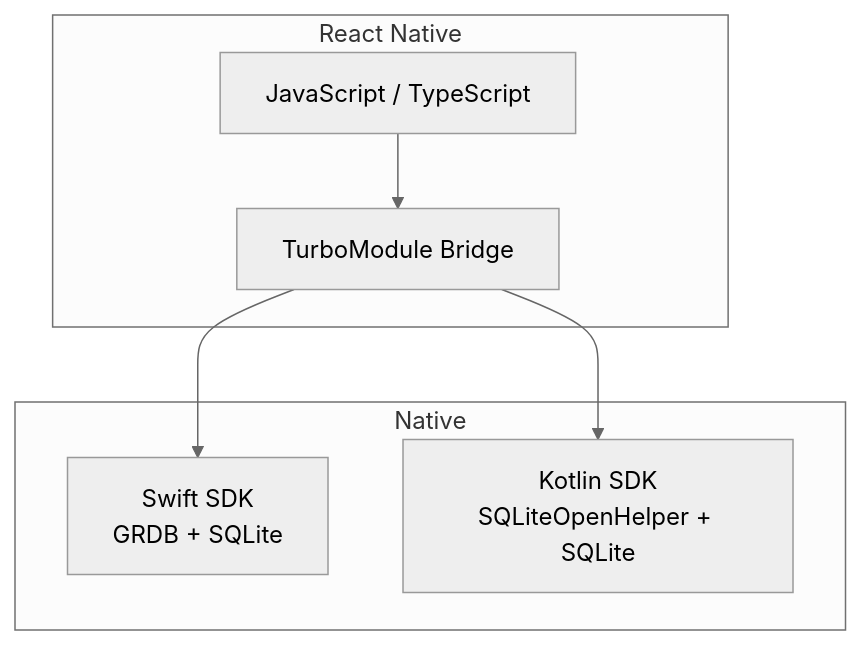
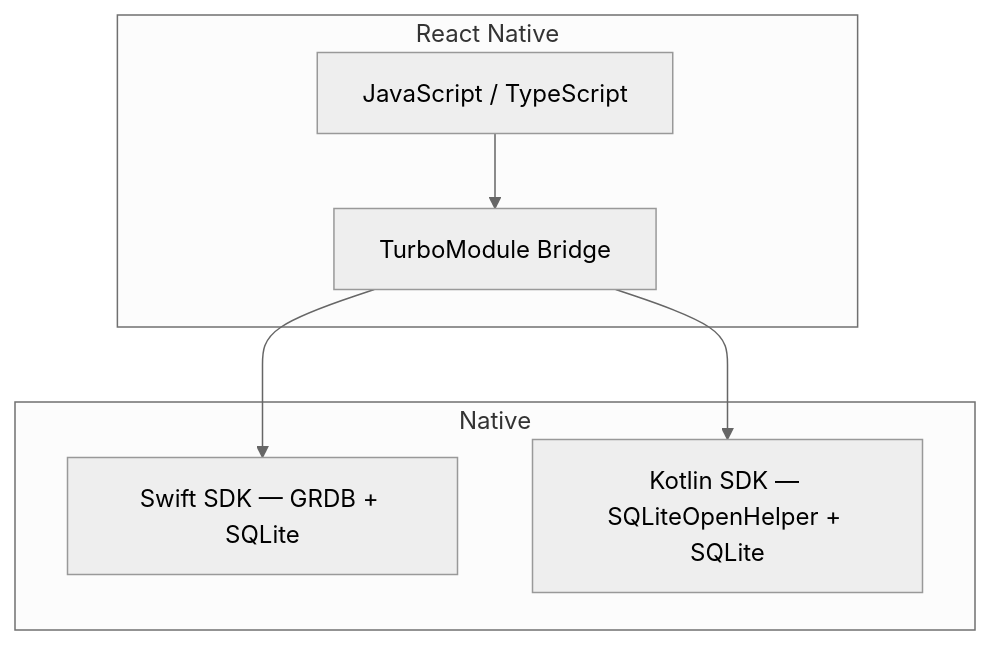
The first of 2 diagrams in docs/src/content/docs/clients/overview.md (trainstar/synchro), drawn with Mermaid (neutral theme) before and after one commit. The commit also changed 31 other files, not shown here.

```diff
--- a/docs/src/content/docs/clients/overview.md
+++ b/docs/src/content/docs/clients/overview.md
@@ -23,14 +23,14 @@
 <pre class="mermaid">
 graph TB
     subgraph "React Native"
         JS[JavaScript / TypeScript]
         Bridge[TurboModule Bridge]
     end
     subgraph "Native"
-        Swift[Swift SDK<br/>GRDB + SQLite]
-        Kotlin[Kotlin SDK<br/>SQLiteOpenHelper + SQLite]
+        Swift["Swift SDK — GRDB + SQLite"]
+        Kotlin["Kotlin SDK — SQLiteOpenHelper + SQLite"]
     end
     JS --> Bridge
     Bridge --> Swift
     Bridge --> Kotlin
 </pre>
```
